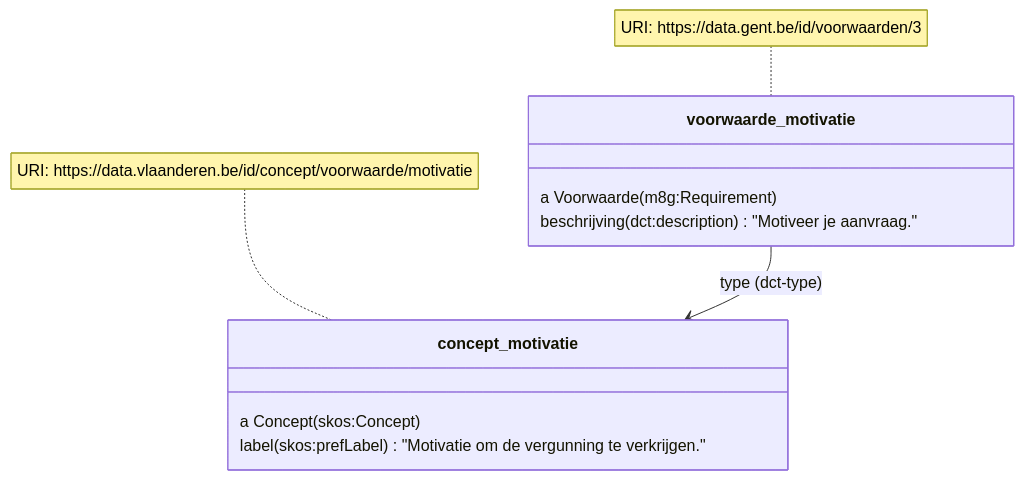
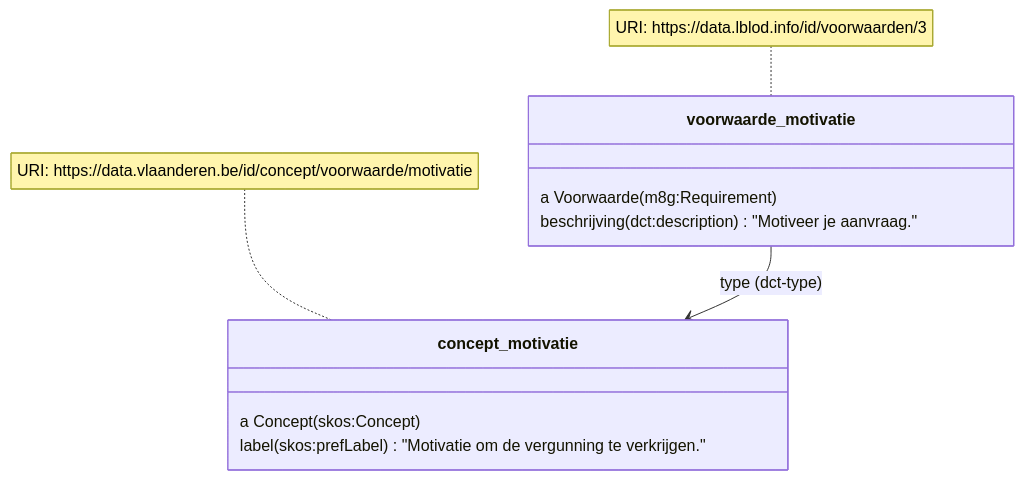
One commit to lblod/implementatiemodel-citerra changed the third of 4 diagrams in README.md. Above: the diagram before and after it, drawn with Mermaid. The commit also changed other lines of this file, not shown here.

````diff
--- a/README.md
+++ b/README.md
@@ -567,14 +553,14 @@
 ```mermaid
 classDiagram
     voorwaarde_motivatie --> concept_motivatie: type (dct-type)
-    note for voorwaarde_motivatie "URI: https:\/\/data.gent.be\/id\/voorwaarden\/3"
+    note for voorwaarde_motivatie "URI: https:\/\/data.lblod.info\/id\/voorwaarden\/3"
     note for concept_motivatie "URI: https:\/\/data.vlaanderen.be\/id\/concept\/voorwaarde\/motivatie"
     class voorwaarde_motivatie {
       a Voorwaarde (m8g:Requirement)
       beschrijving (dct:description) "Motiveer je aanvraag."
     }
     class concept_motivatie {
       a Concept (skos:Concept)
       label (skos:prefLabel) "Motivatie om de vergunning te verkrijgen."
     }
 ```
````
